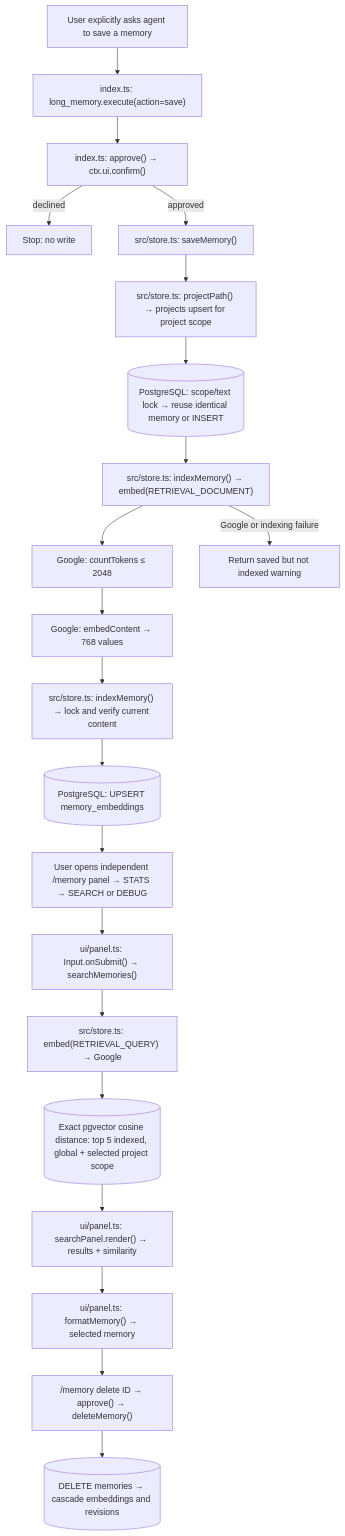
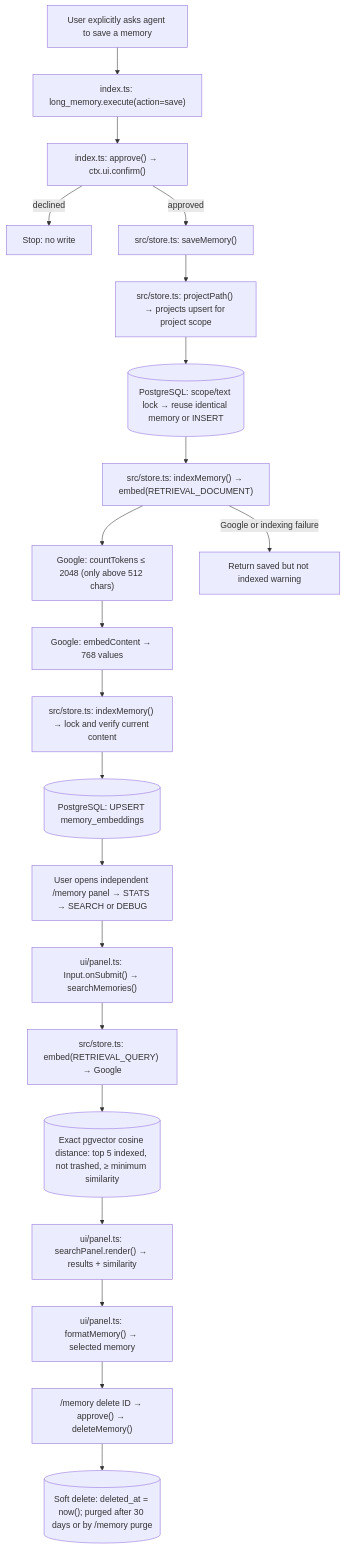
One commit to Marvino-Fransisco/pi-config changed the fourth of 4 diagrams in extensions/long-memory/docs/DIAGRAMS.md. Above: the diagram before and after it, drawn with Mermaid. The commit also changed other lines of this file and 18 other files, not shown here.

````diff
--- a/extensions/long-memory/docs/DIAGRAMS.md
+++ b/extensions/long-memory/docs/DIAGRAMS.md
@@ -151,31 +151,31 @@
 ```mermaid
 flowchart TD
   REQUEST["User explicitly asks agent to save a memory"]
   TOOL["index.ts: long_memory.execute(action=save)"]
   CONFIRM["index.ts: approve() → ctx.ui.confirm()"]
   REJECT["Stop: no write"]
   SAVE["src/store.ts: saveMemory()"]
   PROJECT["src/store.ts: projectPath() → projects upsert for project scope"]
   INSERT[("PostgreSQL: scope/text lock → reuse identical memory or INSERT")]
   INDEX["src/store.ts: indexMemory() → embed(RETRIEVAL_DOCUMENT)"]
-  COUNT["Google: countTokens ≤ 2048"]
+  COUNT["Google: countTokens ≤ 2048 (only above 512 chars)"]
   VECTOR["Google: embedContent → 768 values"]
   LOCK["src/store.ts: indexMemory() → lock and verify current content"]
   INDEXED[("PostgreSQL: UPSERT memory_embeddings")]
   WARNING["Return saved but not indexed warning"]
   SEARCH["User opens independent /memory panel → STATS → SEARCH or DEBUG"]
   SUBMIT["ui/panel.ts: Input.onSubmit() → searchMemories()"]
   QUERY["src/store.ts: embed(RETRIEVAL_QUERY) → Google"]
-  MATCH[("Exact pgvector cosine distance: top 5 indexed, global + selected project scope")]
+  MATCH[("Exact pgvector cosine distance: top 5 indexed, not trashed, ≥ minimum similarity")]
   RESULTS["ui/panel.ts: searchPanel.render() → results + similarity"]
   DETAIL["ui/panel.ts: formatMemory() → selected memory"]
   DELETE["/memory delete ID → approve() → deleteMemory()"]
-  REMOVE[("DELETE memories → cascade embeddings and revisions")]
+  REMOVE[("Soft delete: deleted_at = now(); purged after 30 days or by /memory purge")]
   REQUEST --> TOOL --> CONFIRM
   CONFIRM -->|"declined"| REJECT
   CONFIRM -->|"approved"| SAVE --> PROJECT --> INSERT --> INDEX --> COUNT --> VECTOR --> LOCK --> INDEXED
   INDEX -->|"Google or indexing failure"| WARNING
   INDEXED --> SEARCH
   SEARCH --> SUBMIT --> QUERY --> MATCH --> RESULTS --> DETAIL
   DETAIL --> DELETE --> REMOVE
 ```
````
